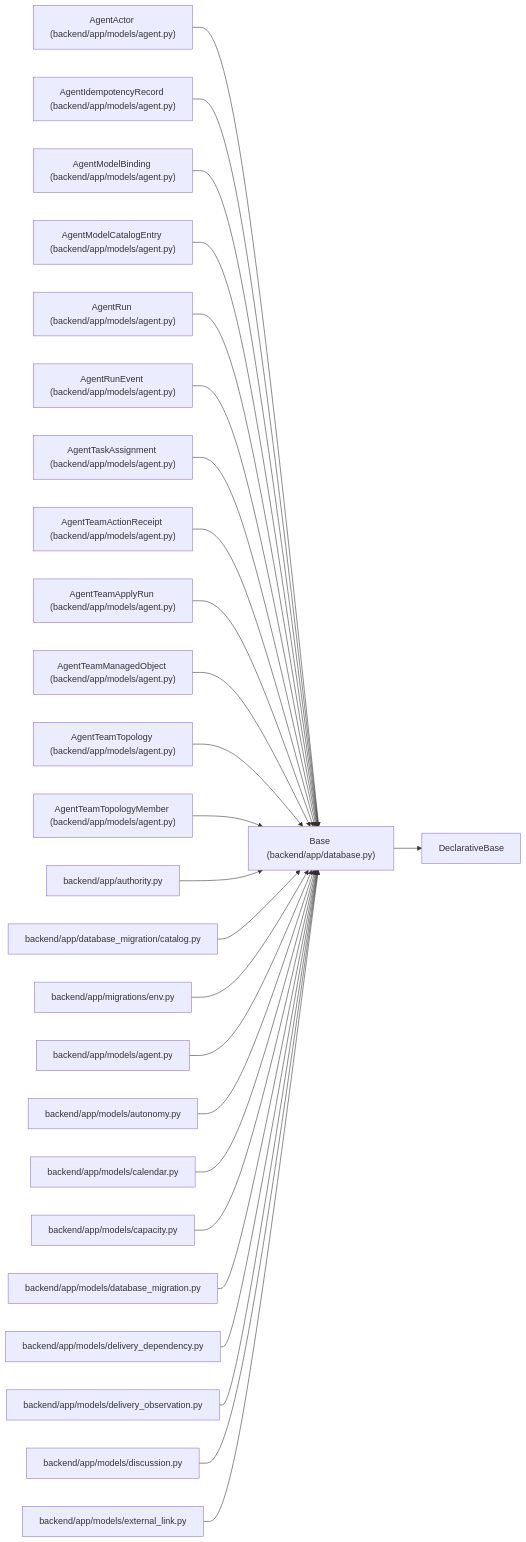
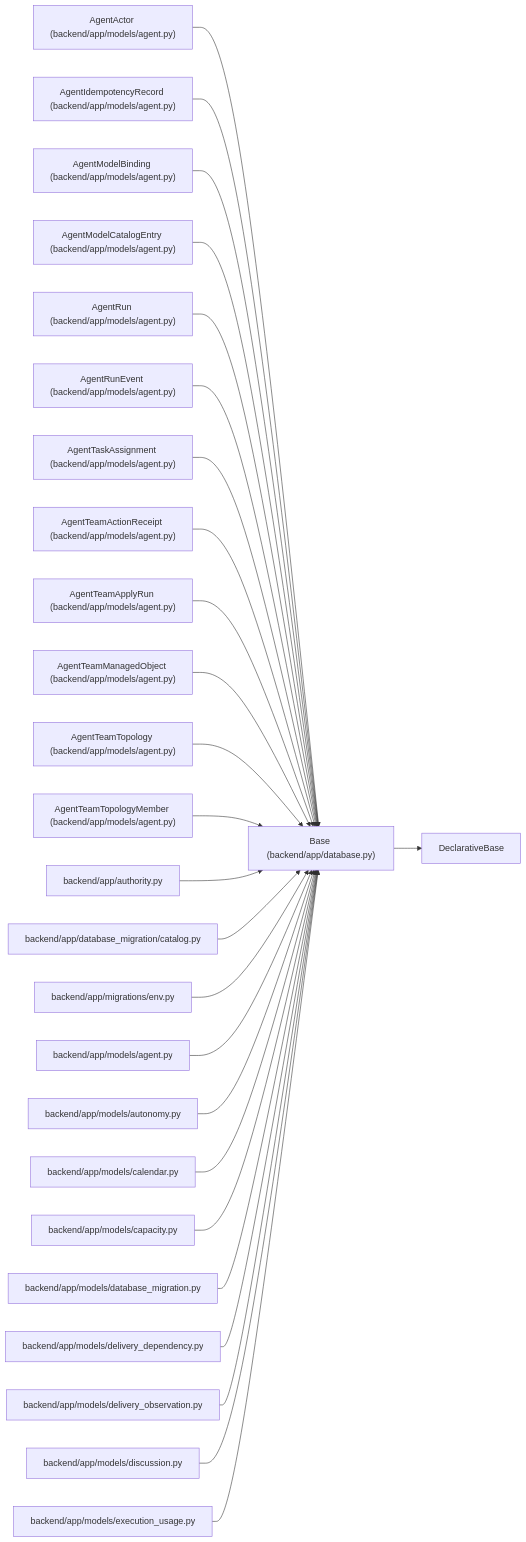
Before and after one commit to Denissvgn/WorkChord: the diagram in docs/llm_wiki/entities/Base.md, drawn with Mermaid. The commit also changed other lines of this file and 623 other files, not shown here.

Commit message:
docs(wiki): synchronize execution usage and pricing evidence

````diff
--- a/docs/llm_wiki/entities/Base.md
+++ b/docs/llm_wiki/entities/Base.md
@@ -23,79 +23,79 @@
 ```mermaid
 flowchart LR
     n0["Base (backend/app/database.py)"]
     n1["DeclarativeBase"]
     n2["AgentActor (backend/app/models/agent.py)"]
     n3["AgentIdempotencyRecord (backend/app/models/agent.py)"]
     n4["AgentModelBinding (backend/app/models/agent.py)"]
     n5["AgentModelCatalogEntry (backend/app/models/agent.py)"]
     n6["AgentRun (backend/app/models/agent.py)"]
     n7["AgentRunEvent (backend/app/models/agent.py)"]
     n8["AgentTaskAssignment (backend/app/models/agent.py)"]
     n9["AgentTeamActionReceipt (backend/app/models/agent.py)"]
     n10["AgentTeamApplyRun (backend/app/models/agent.py)"]
     n11["AgentTeamManagedObject (backend/app/models/agent.py)"]
     n12["AgentTeamTopology (backend/app/models/agent.py)"]
     n13["AgentTeamTopologyMember (backend/app/models/agent.py)"]
     n14["backend/app/authority.py"]
     n15["backend/app/database_migration/catalog.py"]
     n16["backend/app/migrations/env.py"]
     n17["backend/app/models/agent.py"]
     n18["backend/app/models/autonomy.py"]
     n19["backend/app/models/calendar.py"]
     n20["backend/app/models/capacity.py"]
     n21["backend/app/models/database_migration.py"]
     n22["backend/app/models/delivery_dependency.py"]
     n23["backend/app/models/delivery_observation.py"]
     n24["backend/app/models/discussion.py"]
-    n25["backend/app/models/external_link.py"]
+    n25["backend/app/models/execution_usage.py"]
     n0 --> n1
     n2 --> n0
     n3 --> n0
     n4 --> n0
     n5 --> n0
     n6 --> n0
     n7 --> n0
     n8 --> n0
     n9 --> n0
     n10 --> n0
     n11 --> n0
     n12 --> n0
     n13 --> n0
     n14 --> n0
     n15 --> n0
     n16 --> n0
     n17 --> n0
     n18 --> n0
     n19 --> n0
     n20 --> n0
     n21 --> n0
     n22 --> n0
     n23 --> n0
     n24 --> n0
     n25 --> n0
     click n0 "../modules/app_database.md"
     click n2 "../modules/models_agent.md"
     click n3 "../modules/models_agent.md"
     click n4 "../modules/models_agent.md"
     click n5 "../modules/models_agent.md"
     click n6 "../modules/models_agent.md"
     click n7 "../modules/models_agent.md"
     click n8 "../modules/models_agent.md"
     click n9 "../modules/models_agent.md"
     click n10 "../modules/models_agent.md"
     click n11 "../modules/models_agent.md"
     click n12 "../modules/models_agent.md"
     click n13 "../modules/models_agent.md"
     click n14 "../modules/authority.md"
     click n15 "../modules/catalog.md"
     click n16 "../modules/migrations_env.md"
     click n17 "../modules/models_agent.md"
     click n18 "../modules/models_autonomy.md"
     click n19 "../modules/models_calendar.md"
     click n20 "../modules/models_capacity.md"
     click n21 "../modules/models_database_migration.md"
     click n22 "../modules/delivery_dependency.md"
     click n23 "../modules/delivery_observation.md"
     click n24 "../modules/models_discussion.md"
-    click n25 "../modules/models_external_link.md"
+    click n25 "../modules/models_execution_usage.md"
 ```
````
